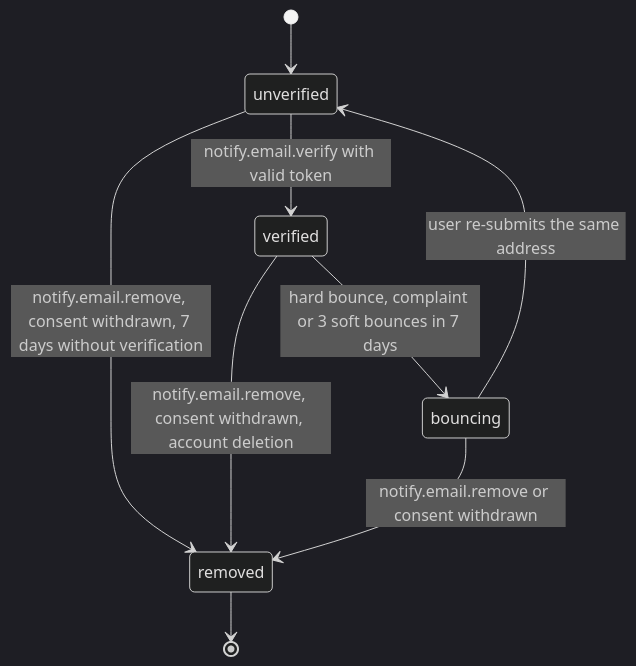
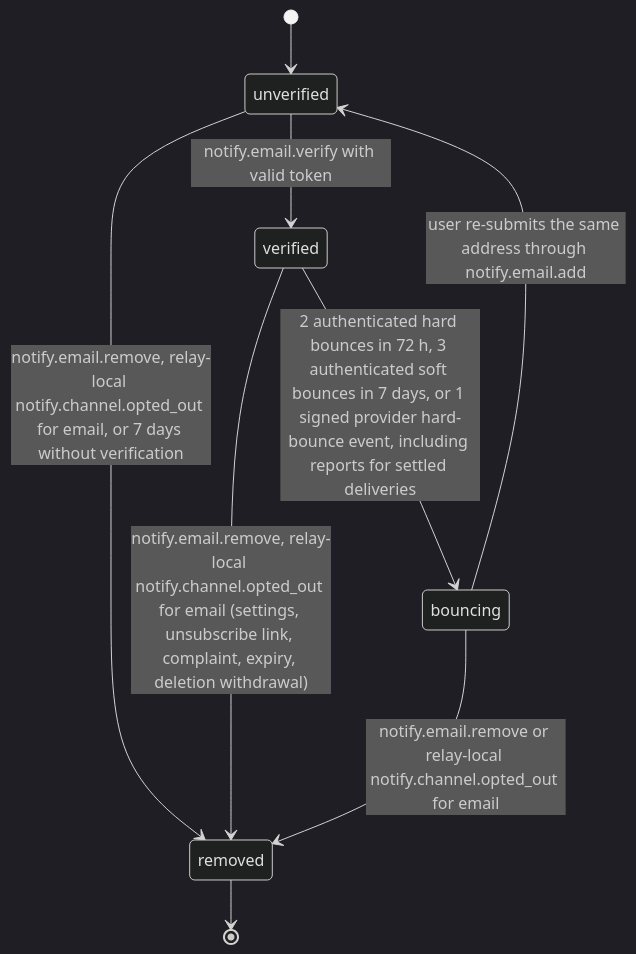
The first of 3 diagrams in 13_Notifications/01_delivery/mod_email/workflow_state_machine.md (djshellshoxxx/CLASSifiedisRUPTed), drawn with Mermaid (dark theme) before and after one commit. The commit also changed other lines of this file and 98 other files, not shown here.

````diff
--- a/13_Notifications/01_delivery/mod_email/workflow_state_machine.md
+++ b/13_Notifications/01_delivery/mod_email/workflow_state_machine.md
@@ -28,11 +30,11 @@
 ```mermaid
 stateDiagram-v2
   [*] --> unverified
   unverified --> verified: notify.email.verify with valid token
-  verified --> bouncing: hard bounce, complaint or 3 soft bounces in 7 days
-  bouncing --> unverified: user re-submits the same address
-  unverified --> removed: notify.email.remove, consent withdrawn, 7 days without verification
-  verified --> removed: notify.email.remove, consent withdrawn, account deletion
-  bouncing --> removed: notify.email.remove or consent withdrawn
+  verified --> bouncing: 2 authenticated hard bounces in 72 h, 3 authenticated soft bounces in 7 days, or 1 signed provider hard-bounce event, including reports for settled deliveries
+  bouncing --> unverified: user re-submits the same address through notify.email.add
+  unverified --> removed: notify.email.remove, relay-local notify.channel.opted_out for email, or 7 days without verification
+  verified --> removed: notify.email.remove, relay-local notify.channel.opted_out for email (settings, unsubscribe link, complaint, expiry, deletion withdrawal)
+  bouncing --> removed: notify.email.remove or relay-local notify.channel.opted_out for email
   removed --> [*]
 ```
````
